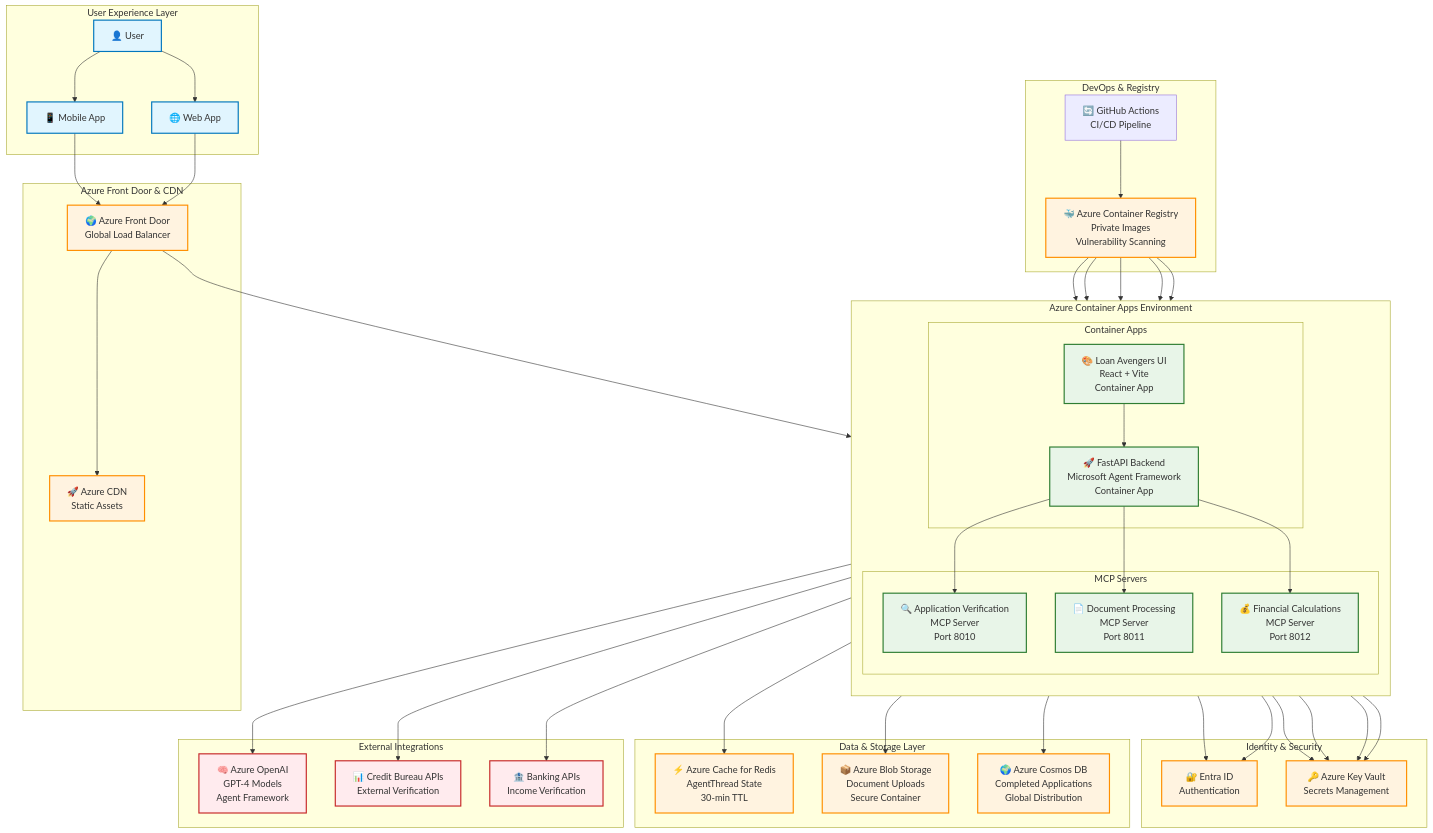
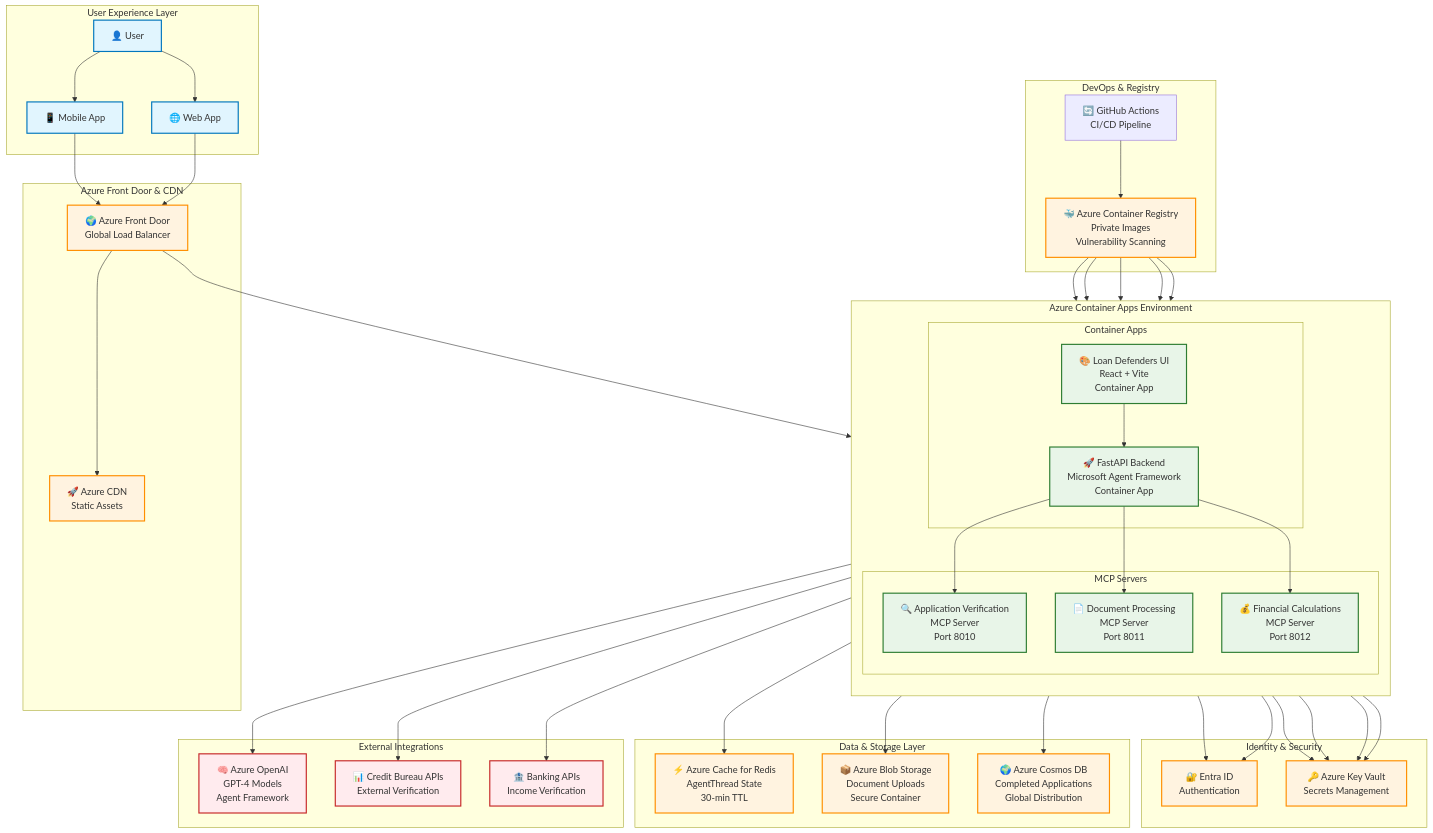
Before and after one commit to niksacdev/loan-avengers: the diagram in docs/deployment/azure-deployment.md, drawn with Mermaid. The commit also changed other lines of this file and 185 other files, not shown here.

First line of the commit message:
refactor: Complete rebrand from Loan Avengers to Loan Defenders (#92)

```diff
--- a/docs/deployment/azure-deployment.md
+++ b/docs/deployment/azure-deployment.md
@@ -27,7 +27,7 @@
     subgraph "Azure Container Apps Environment"
         direction TB
         subgraph "Container Apps"
-            UI[🎨 Loan Avengers UI<br/>React + Vite<br/>Container App]
+            UI[🎨 Loan Defenders UI<br/>React + Vite<br/>Container App]
             API[🚀 FastAPI Backend<br/>Microsoft Agent Framework<br/>Container App]
         end
 
```
